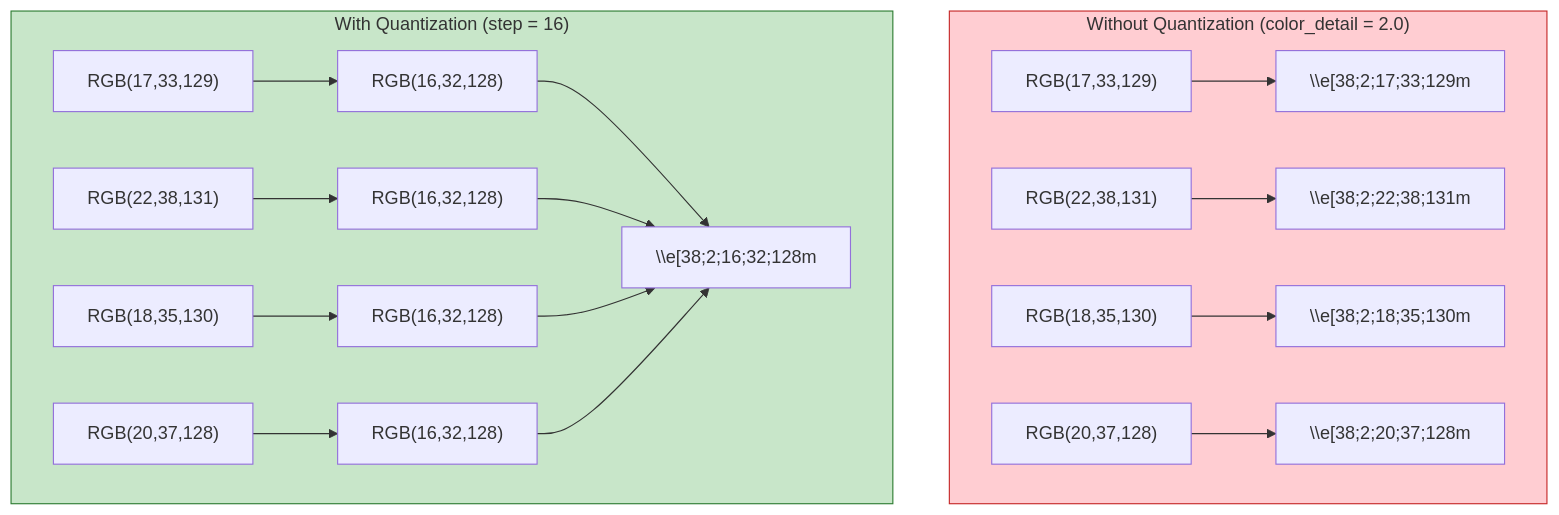
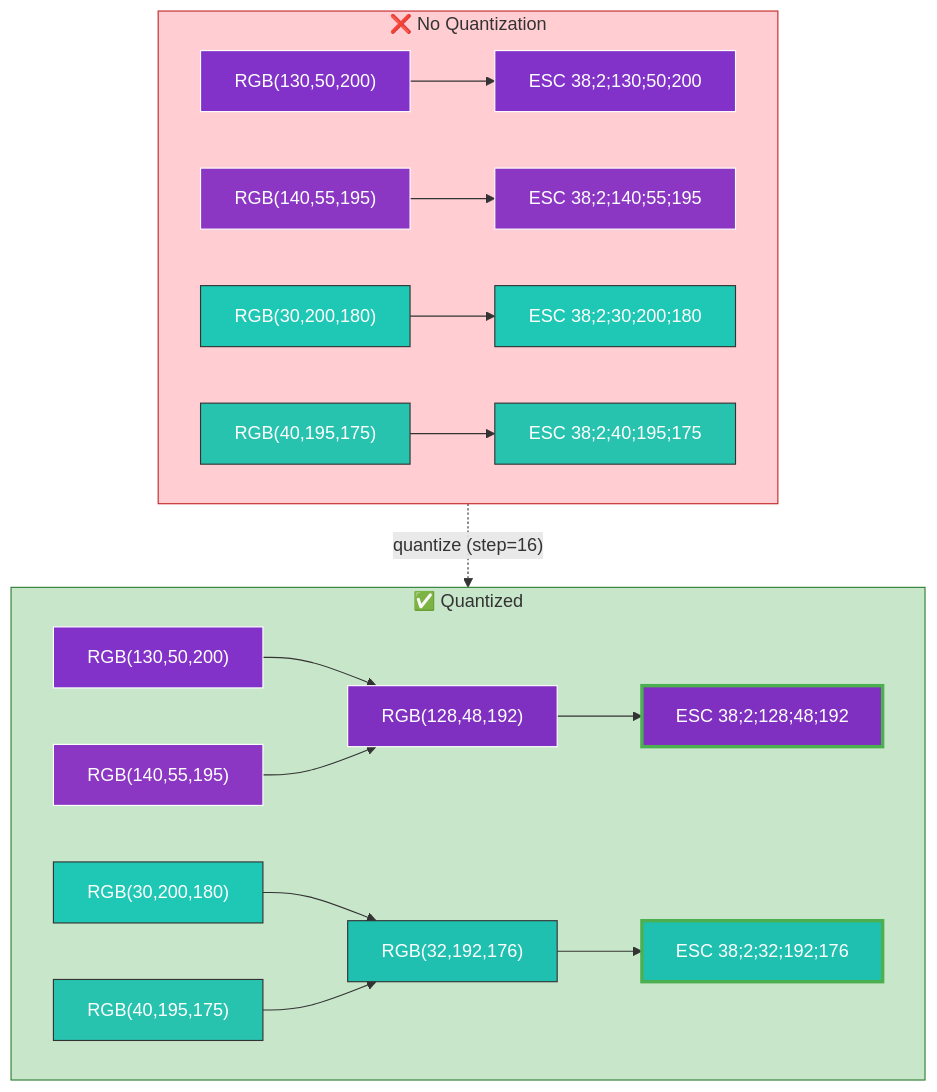
The second of 3 diagrams in README.md (joelmgallant/terminal-vibes), drawn with Mermaid before and after one commit. The commit also changed other lines of this file, not shown here.

Commit message:
docs: improve mermaid diagrams with color fills and clearer layout

````diff
--- a/README.md
+++ b/README.md
@@ -283,21 +283,43 @@
 ```mermaid
 flowchart TD
-    subgraph without["Without Quantization (color_detail = 2.0)"]
+    subgraph without["❌ No Quantization"]
         direction LR
-        A1["RGB(17,33,129)"] --> E1["\\e[38;2;17;33;129m"]
-        A2["RGB(22,38,131)"] --> E2["\\e[38;2;22;38;131m"]
-        A3["RGB(18,35,130)"] --> E3["\\e[38;2;18;35;130m"]
-        A4["RGB(20,37,128)"] --> E4["\\e[38;2;20;37;128m"]
+        A1["RGB(130,50,200)"] --> E1["ESC 38;2;130;50;200"]
+        A2["RGB(140,55,195)"] --> E2["ESC 38;2;140;55;195"]
+        A3["RGB(30,200,180)"] --> E3["ESC 38;2;30;200;180"]
+        A4["RGB(40,195,175)"] --> E4["ESC 38;2;40;195;175"]
     end
 
-    subgraph with["With Quantization (step = 16)"]
+    without -.->|"quantize (step=16)"| with
+
+    subgraph with["✅ Quantized"]
         direction LR
-        B1["RGB(17,33,129)"] --> Q1["RGB(16,32,128)"] --> F1["\\e[38;2;16;32;128m"]
-        B2["RGB(22,38,131)"] --> Q2["RGB(16,32,128)"] --> F1
-        B3["RGB(18,35,130)"] --> Q3["RGB(16,32,128)"] --> F1
-        B4["RGB(20,37,128)"] --> Q4["RGB(16,32,128)"] --> F1
+        B1["RGB(130,50,200)"] --> QP["RGB(128,48,192)"]
+        B2["RGB(140,55,195)"] --> QP
+        B3["RGB(30,200,180)"] --> QT["RGB(32,192,176)"]
+        B4["RGB(40,195,175)"] --> QT
+        QP --> FP["ESC 38;2;128;48;192"]
+        QT --> FT["ESC 38;2;32;192;176"]
     end
+
+    style A1 fill:#8232C8,color:#fff,stroke:#fff
+    style A2 fill:#8C37C3,color:#fff,stroke:#fff
+    style E1 fill:#8232C8,color:#fff,stroke:#fff
+    style E2 fill:#8C37C3,color:#fff,stroke:#fff
+    style A3 fill:#1EC8B4,color:#fff,stroke:#333
+    style A4 fill:#28C3AF,color:#fff,stroke:#333
+    style E3 fill:#1EC8B4,color:#fff,stroke:#333
+    style E4 fill:#28C3AF,color:#fff,stroke:#333
+
+    style B1 fill:#8232C8,color:#fff,stroke:#fff
+    style B2 fill:#8C37C3,color:#fff,stroke:#fff
+    style QP fill:#8030C0,color:#fff,stroke:#fff
+    style FP fill:#8030C0,color:#fff,stroke:#4caf50,stroke-width:3px
+    style B3 fill:#1EC8B4,color:#fff,stroke:#333
+    style B4 fill:#28C3AF,color:#fff,stroke:#333
+    style QT fill:#20C0B0,color:#fff,stroke:#333
+    style FT fill:#20C0B0,color:#fff,stroke:#4caf50,stroke-width:3px
 
     style without fill:#ffcdd2,stroke:#c62828
     style with fill:#c8e6c9,stroke:#2e7d32
 ```
````
